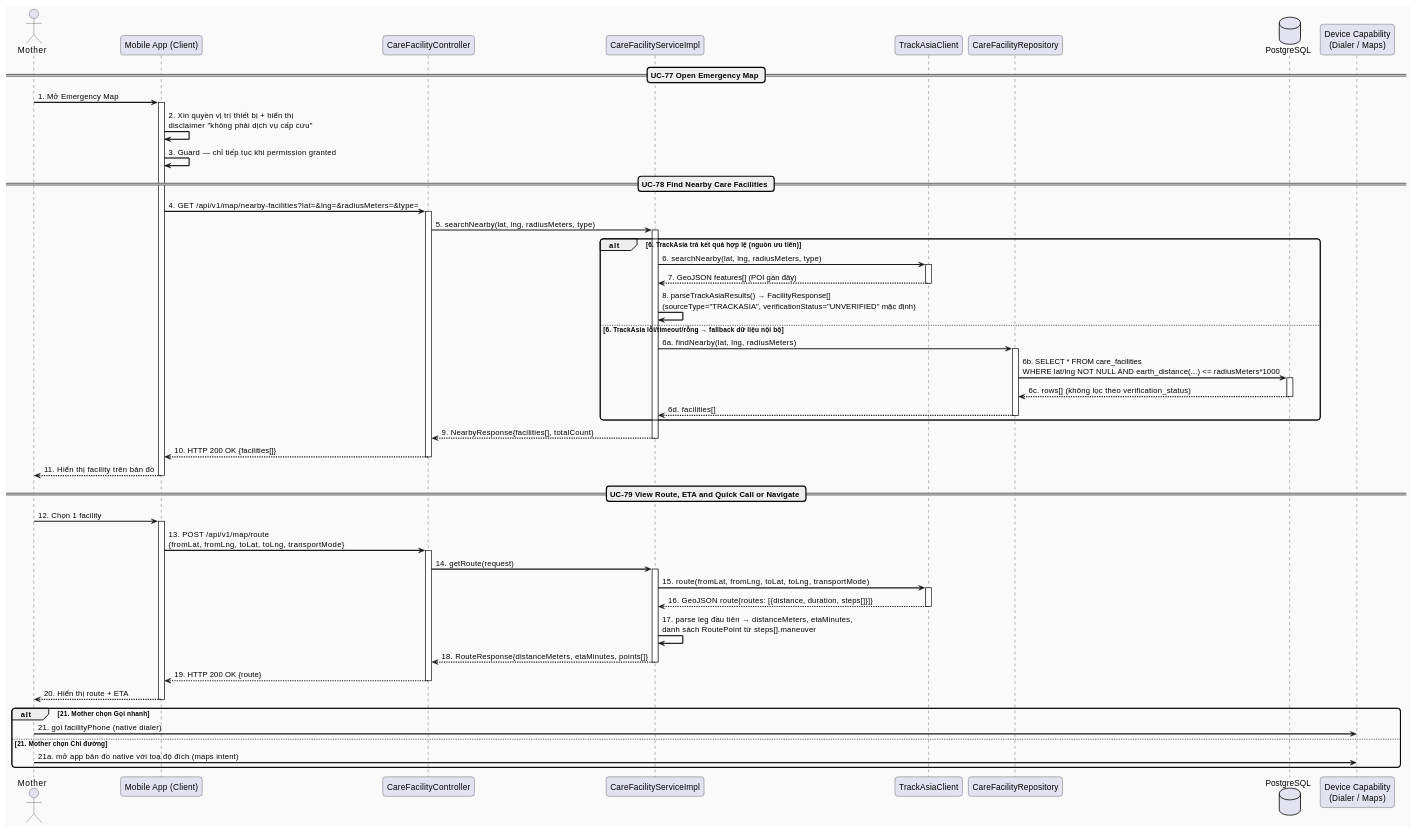
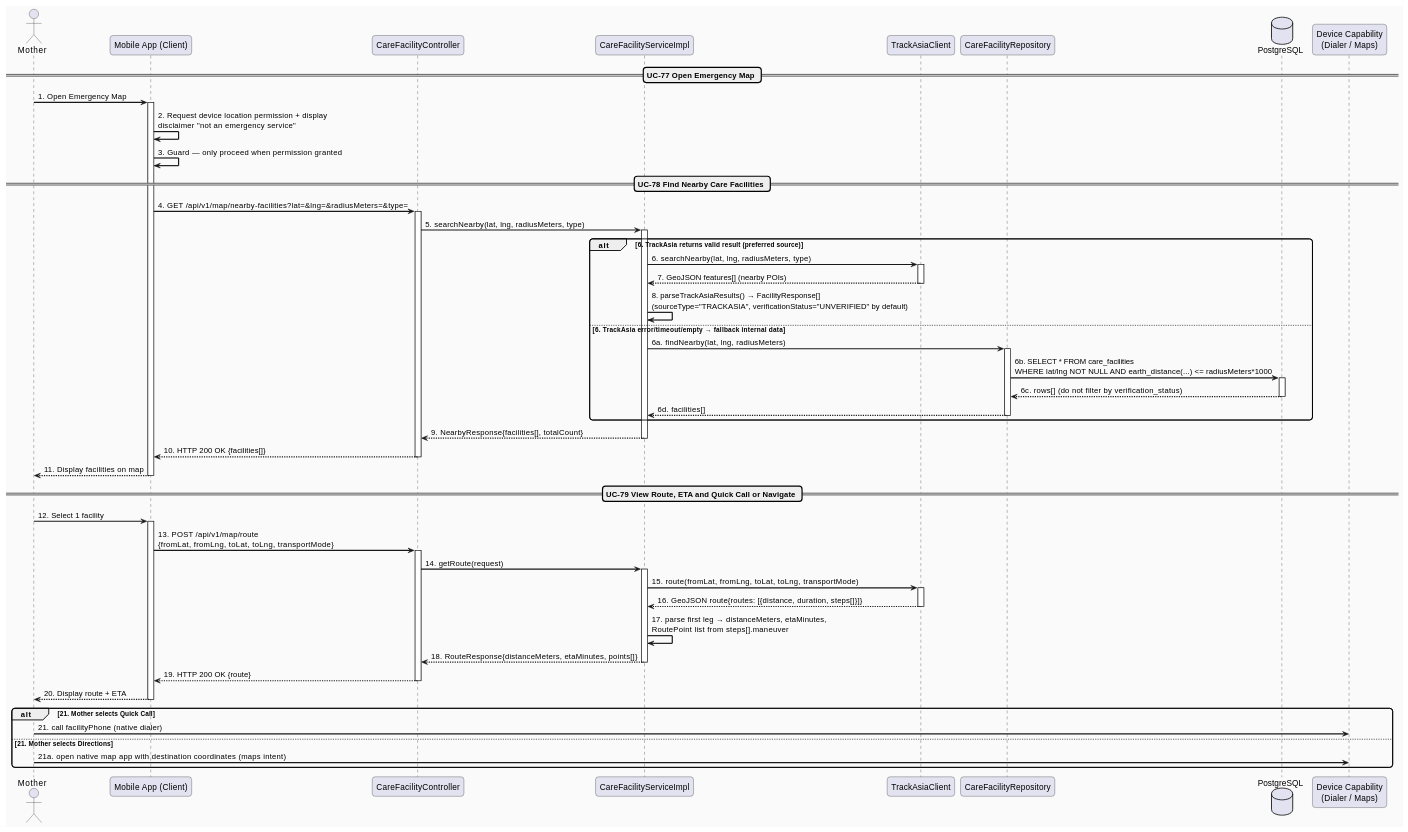
Before and after one commit to ChuongBDHE172784/CareBridge_SEP490_G79: the second of 3 diagrams in docs/Detailed_Design/MF07_Emergency_Map_Nearby_Care_Support/01_Emergency_Map_Facility_Route_Navigation.md, drawn with PlantUML. The commit also changed 49 other files, not shown here.

Commit message:
docs: translate technical design documentation and sequence diagrams to English

````diff
--- a/docs/Detailed_Design/MF07_Emergency_Map_Nearby_Care_Support/01_Emergency_Map_Facility_Route_Navigation.md
+++ b/docs/Detailed_Design/MF07_Emergency_Map_Nearby_Care_Support/01_Emergency_Map_Facility_Route_Navigation.md
@@ -104,76 +104,76 @@
 ```plantuml
 @startuml MF07_01_EmergencyMap_SequenceDiagram
 skinparam sequenceArrowThickness 2
 skinparam roundcorner 10
 skinparam backgroundColor #FAFAFA
 
 actor "Mother" as M
 participant "Mobile App (Client)" as App
 participant "CareFacilityController" as Controller
 participant "CareFacilityServiceImpl" as Service
 participant "TrackAsiaClient" as TrackAsia
 participant "CareFacilityRepository" as FacilityRepo
 database "PostgreSQL" as DB
 participant "Device Capability\n(Dialer / Maps)" as Device
 
 == UC-77 Open Emergency Map ==
-M -> App : 1. Mở Emergency Map
+M -> App : 1. Open Emergency Map
 activate App
-App -> App : 2. Xin quyền vị trí thiết bị + hiển thị\ndisclaimer "không phải dịch vụ cấp cứu"
-App -> App : 3. Guard — chỉ tiếp tục khi permission granted
+App -> App : 2. Request device location permission + display\ndisclaimer "not an emergency service"
+App -> App : 3. Guard — only proceed when permission granted
 
 == UC-78 Find Nearby Care Facilities ==
 App -> Controller : 4. GET /api/v1/map/nearby-facilities?lat=&lng=&radiusMeters=&type=
 activate Controller
 Controller -> Service : 5. searchNearby(lat, lng, radiusMeters, type)
 activate Service
-alt 6. TrackAsia trả kết quả hợp lệ (nguồn ưu tiên)
+alt 6. TrackAsia returns valid result (preferred source)
   Service -> TrackAsia : 6. searchNearby(lat, lng, radiusMeters, type)
   activate TrackAsia
-  TrackAsia --> Service : 7. GeoJSON features[] (POI gần đây)
+  TrackAsia --> Service : 7. GeoJSON features[] (nearby POIs)
   deactivate TrackAsia
-  Service -> Service : 8. parseTrackAsiaResults() → FacilityResponse[]\n(sourceType="TRACKASIA", verificationStatus="UNVERIFIED" mặc định)
-else 6. TrackAsia lỗi/timeout/rỗng → fallback dữ liệu nội bộ
+  Service -> Service : 8. parseTrackAsiaResults() → FacilityResponse[]\n(sourceType="TRACKASIA", verificationStatus="UNVERIFIED" by default)
+else 6. TrackAsia error/timeout/empty → fallback internal data
   Service -> FacilityRepo : 6a. findNearby(lat, lng, radiusMeters)
   activate FacilityRepo
   FacilityRepo -> DB : 6b. SELECT * FROM care_facilities\nWHERE lat/lng NOT NULL AND earth_distance(...) <= radiusMeters*1000
   activate DB
-  DB --> FacilityRepo : 6c. rows[] (không lọc theo verification_status)
+  DB --> FacilityRepo : 6c. rows[] (do not filter by verification_status)
   deactivate DB
   FacilityRepo --> Service : 6d. facilities[]
   deactivate FacilityRepo
 end
 Service --> Controller : 9. NearbyResponse{facilities[], totalCount}
 deactivate Service
 Controller --> App : 10. HTTP 200 OK {facilities[]}
 deactivate Controller
-App --> M : 11. Hiển thị facility trên bản đồ
+App --> M : 11. Display facilities on map
 deactivate App
 
 == UC-79 View Route, ETA and Quick Call or Navigate ==
-M -> App : 12. Chọn 1 facility
+M -> App : 12. Select 1 facility
 activate App
 App -> Controller : 13. POST /api/v1/map/route\n{fromLat, fromLng, toLat, toLng, transportMode}
 activate Controller
 Controller -> Service : 14. getRoute(request)
 activate Service
 Service -> TrackAsia : 15. route(fromLat, fromLng, toLat, toLng, transportMode)
 activate TrackAsia
 TrackAsia --> Service : 16. GeoJSON route{routes: [{distance, duration, steps[]}]}
 deactivate TrackAsia
-Service -> Service : 17. parse leg đầu tiên → distanceMeters, etaMinutes,\ndanh sách RoutePoint từ steps[].maneuver
+Service -> Service : 17. parse first leg → distanceMeters, etaMinutes,\nRoutePoint list from steps[].maneuver
 Service --> Controller : 18. RouteResponse{distanceMeters, etaMinutes, points[]}
 deactivate Service
 Controller --> App : 19. HTTP 200 OK {route}
 deactivate Controller
-App --> M : 20. Hiển thị route + ETA
+App --> M : 20. Display route + ETA
 deactivate App
 
-alt 21. Mother chọn Gọi nhanh
-  M -> Device : 21. gọi facilityPhone (native dialer)
-else 21. Mother chọn Chỉ đường
-  M -> Device : 21a. mở app bản đồ native với toạ độ đích (maps intent)
+alt 21. Mother selects Quick Call
+  M -> Device : 21. call facilityPhone (native dialer)
+else 21. Mother selects Directions
+  M -> Device : 21a. open native map app with destination coordinates (maps intent)
 end
 
 @enduml
 ```
````
